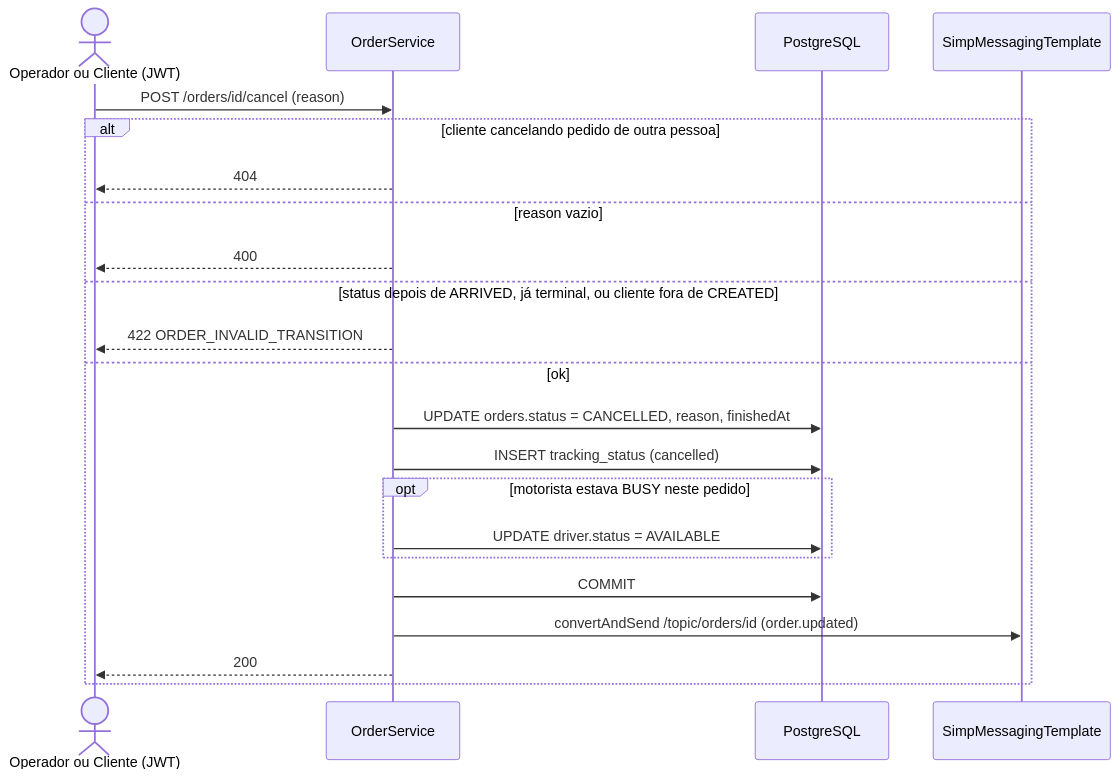
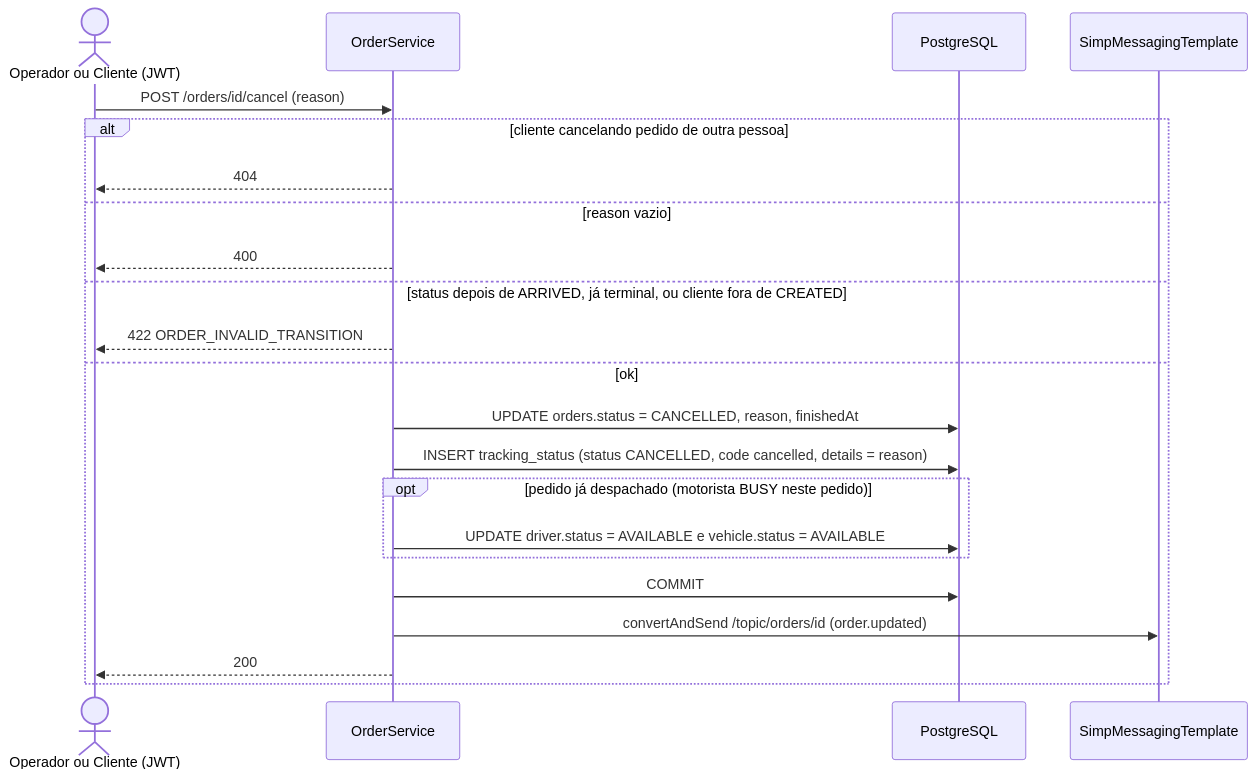
Before and after one commit to Edryck/kj-fleets: the tenth of 17 diagrams in docs/flows.md, drawn with Mermaid. The commit also changed other lines of this file and 4 other files, not shown here.

````diff
--- a/docs/flows.md
+++ b/docs/flows.md
@@ -230,25 +262,25 @@
 ```mermaid
 sequenceDiagram
     actor A as Operador ou Cliente (JWT)
     participant S as OrderService
     participant DB as PostgreSQL
     participant WS as SimpMessagingTemplate
 
     A->>S: POST /orders/id/cancel (reason)
     alt cliente cancelando pedido de outra pessoa
         S-->>A: 404
     else reason vazio
         S-->>A: 400
     else status depois de ARRIVED, já terminal, ou cliente fora de CREATED
         S-->>A: 422 ORDER_INVALID_TRANSITION
     else ok
         S->>DB: UPDATE orders.status = CANCELLED, reason, finishedAt
-        S->>DB: INSERT tracking_status (cancelled)
-        opt motorista estava BUSY neste pedido
-            S->>DB: UPDATE driver.status = AVAILABLE
+        S->>DB: INSERT tracking_status (status CANCELLED, code cancelled, details = reason)
+        opt pedido já despachado (motorista BUSY neste pedido)
+            S->>DB: UPDATE driver.status = AVAILABLE e vehicle.status = AVAILABLE
         end
         S->>DB: COMMIT
         S->>WS: convertAndSend /topic/orders/id (order.updated)
         S-->>A: 200
     end
 ```
````
